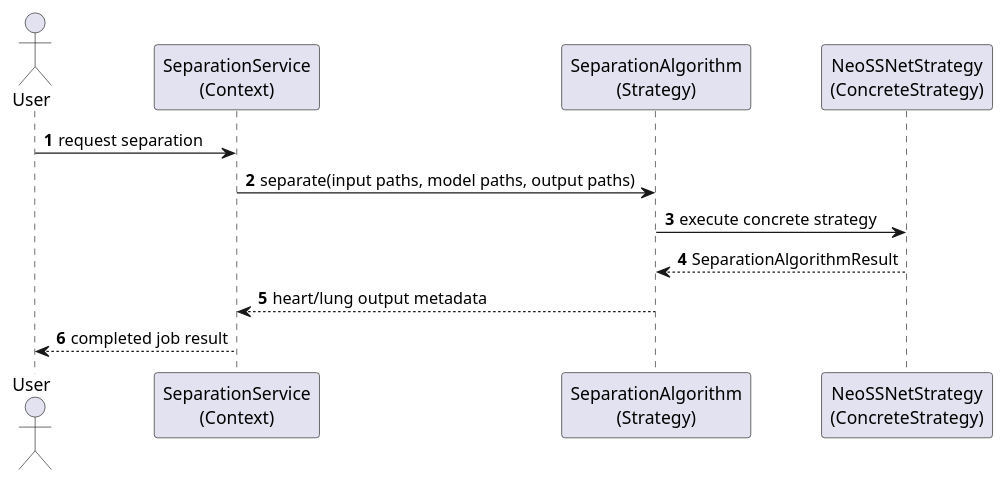
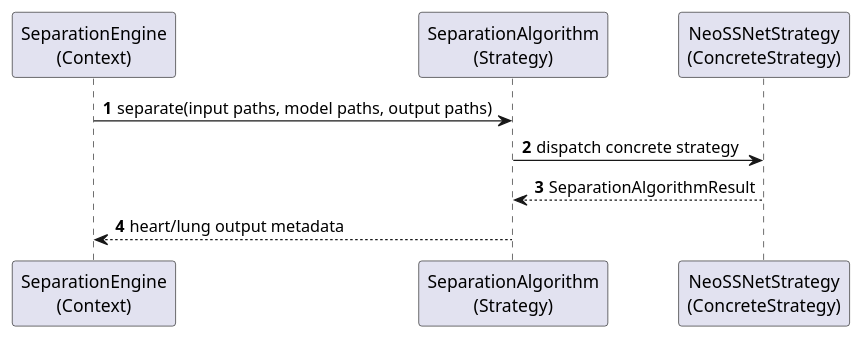
The diagram in docs/software_design_report/diagrams/puml/strategy_sequence.puml (ASHRAF-2004/Machine-Learning-Based-System-for-Cardiopulmonary-Sound-Separation), drawn with PlantUML before and after one commit. The commit also changed 35 other files, not shown here.

```diff
--- a/docs/software_design_report/diagrams/puml/strategy_sequence.puml
+++ b/docs/software_design_report/diagrams/puml/strategy_sequence.puml
@@ -1,20 +1,17 @@
 @startuml
 ' Strategy Pattern sequence diagram.
 ' Suggested LaTeX placement: normal page.
 
 skinparam shadowing false
 autonumber
 
-actor User
-participant "SeparationService\n(Context)" as Service
+participant "SeparationEngine\n(Context)" as Engine
 participant "SeparationAlgorithm\n(Strategy)" as Algorithm
 participant "NeoSSNetStrategy\n(ConcreteStrategy)" as NeoSSNet
 
-User -> Service : request separation
-Service -> Algorithm : separate(input paths, model paths, output paths)
-Algorithm -> NeoSSNet : execute concrete strategy
+Engine -> Algorithm : separate(input paths, model paths, output paths)
+Algorithm -> NeoSSNet : dispatch concrete strategy
 NeoSSNet --> Algorithm : SeparationAlgorithmResult
-Algorithm --> Service : heart/lung output metadata
-Service --> User : completed job result
+Algorithm --> Engine : heart/lung output metadata
 
 @enduml
```
